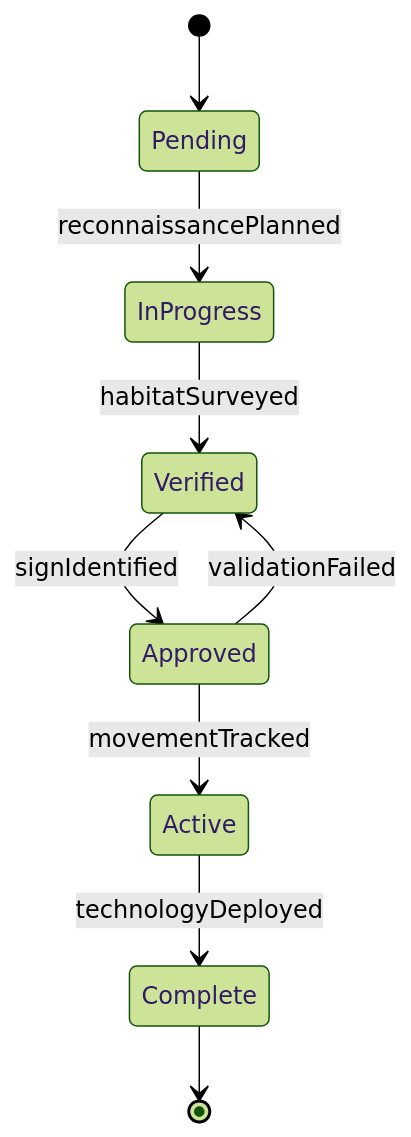
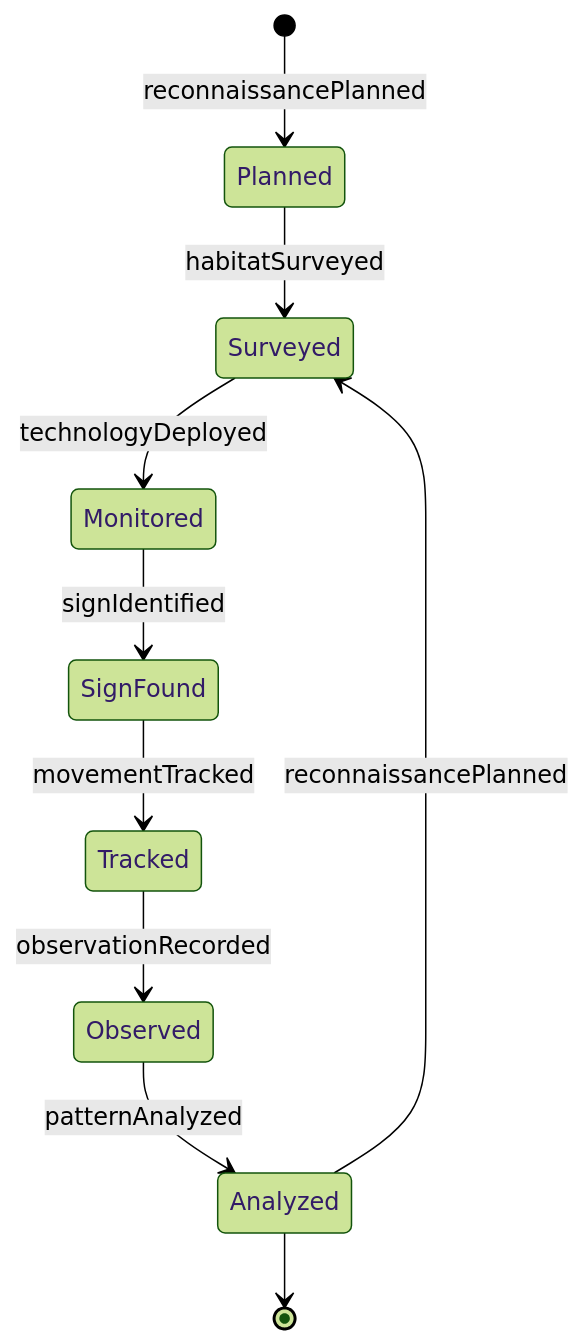
The second of 4 diagrams in HandlingAndMovingObjects/HuntAnimals/LocateAnimalsFishingHuntingPurposes.mdx (dot-org-ai/tasks.org.ai), drawn with Mermaid (forest theme) before and after one commit. The commit also changed other lines of this file and 515 other files, not shown here.

````diff
--- a/HandlingAndMovingObjects/HuntAnimals/LocateAnimalsFishingHuntingPurposes.mdx
+++ b/HandlingAndMovingObjects/HuntAnimals/LocateAnimalsFishingHuntingPurposes.mdx
@@ -100,11 +100,12 @@
 ```mermaid
 stateDiagram-v2
-    [*] --> Pending
-    Pending --> InProgress : reconnaissancePlanned
-    InProgress --> Verified : habitatSurveyed
-    Verified --> Approved : signIdentified
-    Approved --> Active : movementTracked
-    Active --> Complete : technologyDeployed
-    Approved --> Verified : validationFailed
-    Complete --> [*]
+    [*] --> Planned : reconnaissancePlanned
+    Planned --> Surveyed : habitatSurveyed
+    Surveyed --> Monitored : technologyDeployed
+    Monitored --> SignFound : signIdentified
+    SignFound --> Tracked : movementTracked
+    Tracked --> Observed : observationRecorded
+    Observed --> Analyzed : patternAnalyzed
+    Analyzed --> Surveyed : reconnaissancePlanned
+    Analyzed --> [*]
 ```
````
